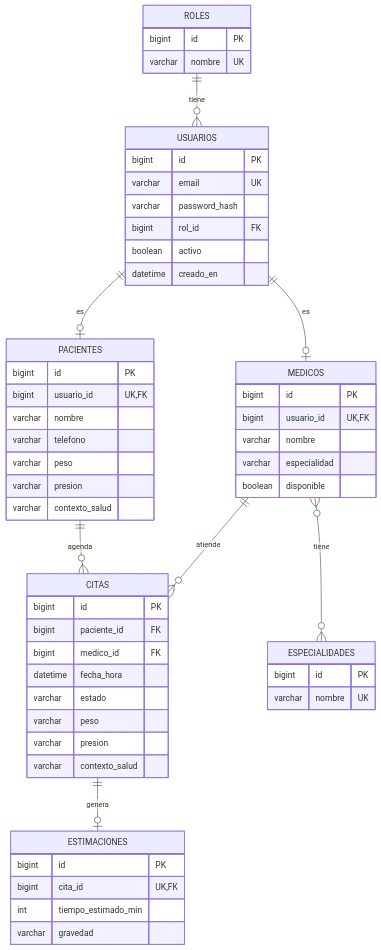
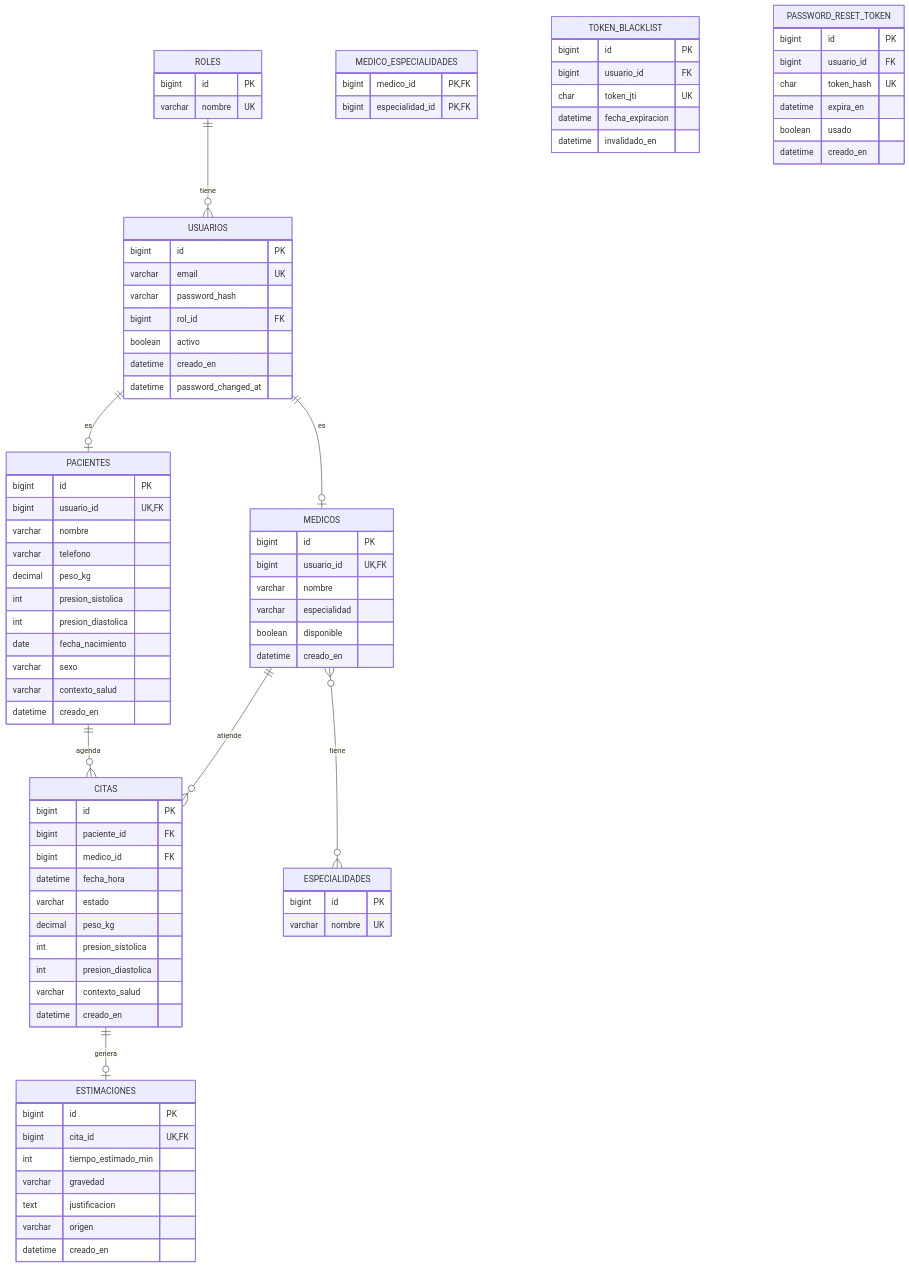
The diagram in README.md (LuisEduardoChavezLjx/SaludOAX-App-Web), drawn with Mermaid before and after one commit. The commit also changed other lines of this file and 9 other files, not shown here.

````diff
--- a/README.md
+++ b/README.md
@@ -91,15 +129,20 @@
     bigint rol_id FK
     boolean activo
     datetime creado_en
+    datetime password_changed_at
   }
   PACIENTES {
     bigint id PK
     bigint usuario_id UK,FK
     varchar nombre
     varchar telefono
-    varchar peso
-    varchar presion
+    decimal peso_kg
+    int presion_sistolica
+    int presion_diastolica
+    date fecha_nacimiento
+    varchar sexo
     varchar contexto_salud
+    datetime creado_en
   }
   MEDICOS {
     bigint id PK
@@ -107,10 +150,15 @@
     varchar nombre
     varchar especialidad
     boolean disponible
+    datetime creado_en
   }
   ESPECIALIDADES {
     bigint id PK
     varchar nombre UK
+  }
+  MEDICO_ESPECIALIDADES {
+    bigint medico_id PK,FK
+    bigint especialidad_id PK,FK
   }
   CITAS {
     bigint id PK
@@ -118,14 +166,34 @@
     bigint medico_id FK
     datetime fecha_hora
     varchar estado
-    varchar peso
-    varchar presion
+    decimal peso_kg
+    int presion_sistolica
+    int presion_diastolica
     varchar contexto_salud
+    datetime creado_en
   }
   ESTIMACIONES {
     bigint id PK
     bigint cita_id UK,FK
     int tiempo_estimado_min
     varchar gravedad
+    text justificacion
+    varchar origen
+    datetime creado_en
+  }
+  TOKEN_BLACKLIST {
+    bigint id PK
+    bigint usuario_id FK
+    char token_jti UK
+    datetime fecha_expiracion
+    datetime invalidado_en
+  }
+  PASSWORD_RESET_TOKEN {
+    bigint id PK
+    bigint usuario_id FK
+    char token_hash UK
+    datetime expira_en
+    boolean usado
+    datetime creado_en
   }
 ```
````
